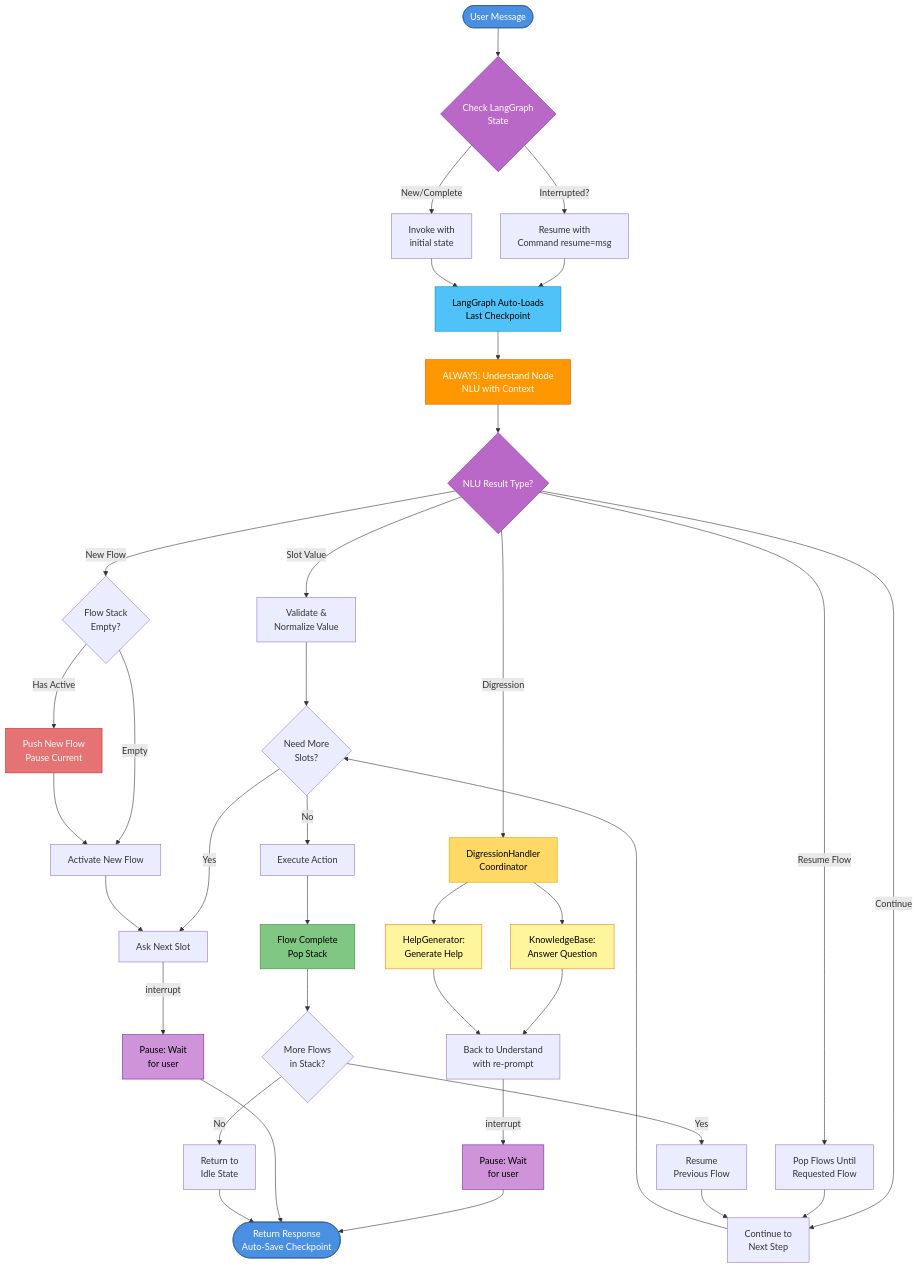
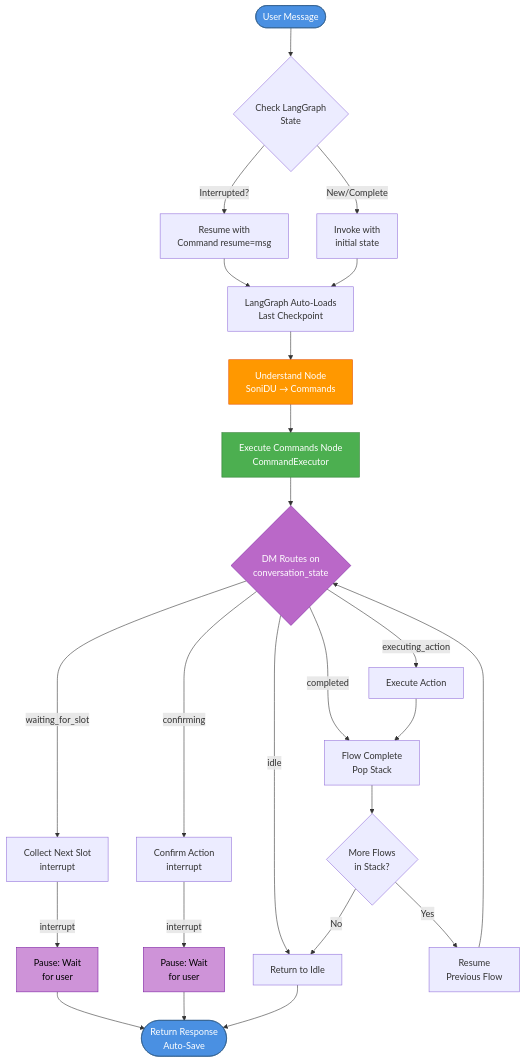
One commit to jmorenobl/soni changed the first of 2 diagrams in docs/design/05-message-flow.md. Above: the diagram before and after it, drawn with Mermaid. The commit also changed other lines of this file and 13 other files, not shown here.

First line of the commit message:
docs: update design documentation to v2.0 (command-driven architecture)

````diff
--- a/docs/design/05-message-flow.md
+++ b/docs/design/05-message-flow.md
@@ -23,65 +29,44 @@
 ```mermaid
 flowchart TD
     Start([User Message]) --> CheckState{Check LangGraph<br/>State}
 
     CheckState -->|Interrupted?| Resume[Resume with<br/>Command resume=msg]
     CheckState -->|New/Complete| NewInvoke[Invoke with<br/>initial state]
 
     Resume --> AutoLoad[LangGraph Auto-Loads<br/>Last Checkpoint]
     NewInvoke --> AutoLoad
 
-    AutoLoad --> NLU[ALWAYS: Understand Node<br/>NLU with Context]
+    AutoLoad --> NLU[Understand Node<br/>SoniDU → Commands]
 
-    NLU --> AnalyzeResult{NLU Result Type?}
+    NLU --> Executor[Execute Commands Node<br/>CommandExecutor]
 
-    AnalyzeResult -->|Slot Value| Validate[Validate &<br/>Normalize Value]
-    AnalyzeResult -->|Digression| DigressionCoord[DigressionHandler<br/>Coordinator]
-    AnalyzeResult -->|New Flow| CheckStack{Flow Stack<br/>Empty?}
-    AnalyzeResult -->|Resume Flow| PopToFlow[Pop Flows Until<br/>Requested Flow]
-    AnalyzeResult -->|Continue| NextStep[Continue to<br/>Next Step]
+    Executor --> StateMachine{DM Routes on<br/>conversation_state}
 
-    DigressionCoord --> KBQuery[KnowledgeBase:<br/>Answer Question]
-    DigressionCoord --> HelpGen[HelpGenerator:<br/>Generate Help]
-    KBQuery --> BackToNLU[Back to Understand<br/>with re-prompt]
-    HelpGen --> BackToNLU
-    BackToNLU -->|interrupt| Pause1[Pause: Wait<br/>for user]
+    StateMachine -->|waiting_for_slot| CollectNext[Collect Next Slot<br/>interrupt]
+    StateMachine -->|executing_action| ExecuteAction[Execute Action]
+    StateMachine -->|confirming| ConfirmAction[Confirm Action<br/>interrupt]
+    StateMachine -->|completed| FlowComplete[Flow Complete<br/>Pop Stack]
+    StateMachine -->|idle| Idle[Return to Idle]
 
-    CheckStack -->|Has Active| PushFlow[Push New Flow<br/>Pause Current]
-    CheckStack -->|Empty| ActivateFlow[Activate New Flow]
-    PushFlow --> ActivateFlow
+    CollectNext -->|interrupt| Pause1[Pause: Wait<br/>for user]
+    ConfirmAction -->|interrupt| Pause2[Pause: Wait<br/>for user]
 
-    Validate --> CollectMore{Need More<br/>Slots?}
-    CollectMore -->|Yes| AskNext[Ask Next Slot]
-    CollectMore -->|No| ExecuteAction[Execute Action]
+    ExecuteAction --> FlowComplete
+    FlowComplete --> CheckResume{More Flows<br/>in Stack?}
+    CheckResume -->|Yes| ResumeFlow[Resume<br/>Previous Flow]
+    CheckResume -->|No| Idle
 
-    AskNext -->|interrupt| Pause2[Pause: Wait<br/>for user]
+    ResumeFlow --> StateMachine
 
-    ActivateFlow --> AskNext
-    PopToFlow --> NextStep
-    NextStep --> CollectMore
-
-    ExecuteAction --> Complete[Flow Complete<br/>Pop Stack]
-    Complete --> CheckResume{More Flows<br/>in Stack?}
-    CheckResume -->|Yes| ResumeFlow[Resume<br/>Previous Flow]
-    CheckResume -->|No| Idle[Return to<br/>Idle State]
-
-    ResumeFlow --> NextStep
-
-    Pause1 --> Return([Return Response<br/>Auto-Save Checkpoint])
+    Pause1 --> Return([Return Response<br/>Auto-Save])
     Pause2 --> Return
     Idle --> Return
 
     style Start fill:#4a90e2,stroke:#2e5c8a,color:#ffffff
     style Return fill:#4a90e2,stroke:#2e5c8a,color:#ffffff
     style NLU fill:#ff9800,stroke:#e65100,color:#ffffff
-    style DigressionCoord fill:#ffd966,stroke:#d4a500,color:#000000
-    style KBQuery fill:#fff59d,stroke:#f57f17,color:#000000
-    style HelpGen fill:#fff59d,stroke:#f57f17,color:#000000
-    style PushFlow fill:#e57373,stroke:#c62828,color:#ffffff
-    style Complete fill:#81c784,stroke:#388e3c,color:#000000
+    style Executor fill:#4caf50,stroke:#2e7d32,color:#ffffff
+    style StateMachine fill:#ba68c8,stroke:#7b1fa2,color:#ffffff
     style Pause1 fill:#ce93d8,stroke:#7b1fa2,color:#000000
     style Pause2 fill:#ce93d8,stroke:#7b1fa2,color:#000000
-    style CheckState fill:#ba68c8,stroke:#7b1fa2,color:#ffffff
-    style AnalyzeResult fill:#ba68c8,stroke:#7b1fa2,color:#ffffff
-    style AutoLoad fill:#4fc3f7,stroke:#0288d1,color:#000000
 ```
````
